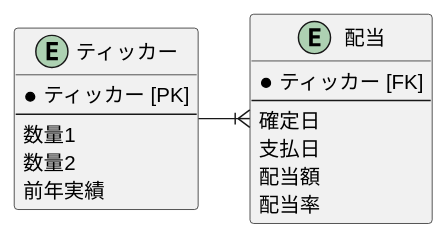
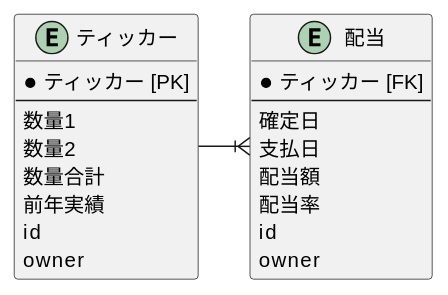
The second of 3 diagrams in docs/readme.md (of3jlmssoo/djangorest-simple-app), drawn with PlantUML before and after one commit. The commit also changed other lines of this file and 2 other files, not shown here.

````diff
--- a/docs/readme.md
+++ b/docs/readme.md
@@ -83,21 +85,26 @@
 ```plantuml
 @startuml
 entity "ティッカー" as ticker {
   * ティッカー [PK]
   --
   数量1
   数量2
+  数量合計
   前年実績
+  id
+  owner
 }
 entity "配当" as dividend {
   * ティッカー [FK]
   --
   確定日
   支払日
   配当額
   配当率
+  id
+  owner
 }
 ticker -|{ dividend
 ' - --で並びが変わる
 @enduml
 ```
````
